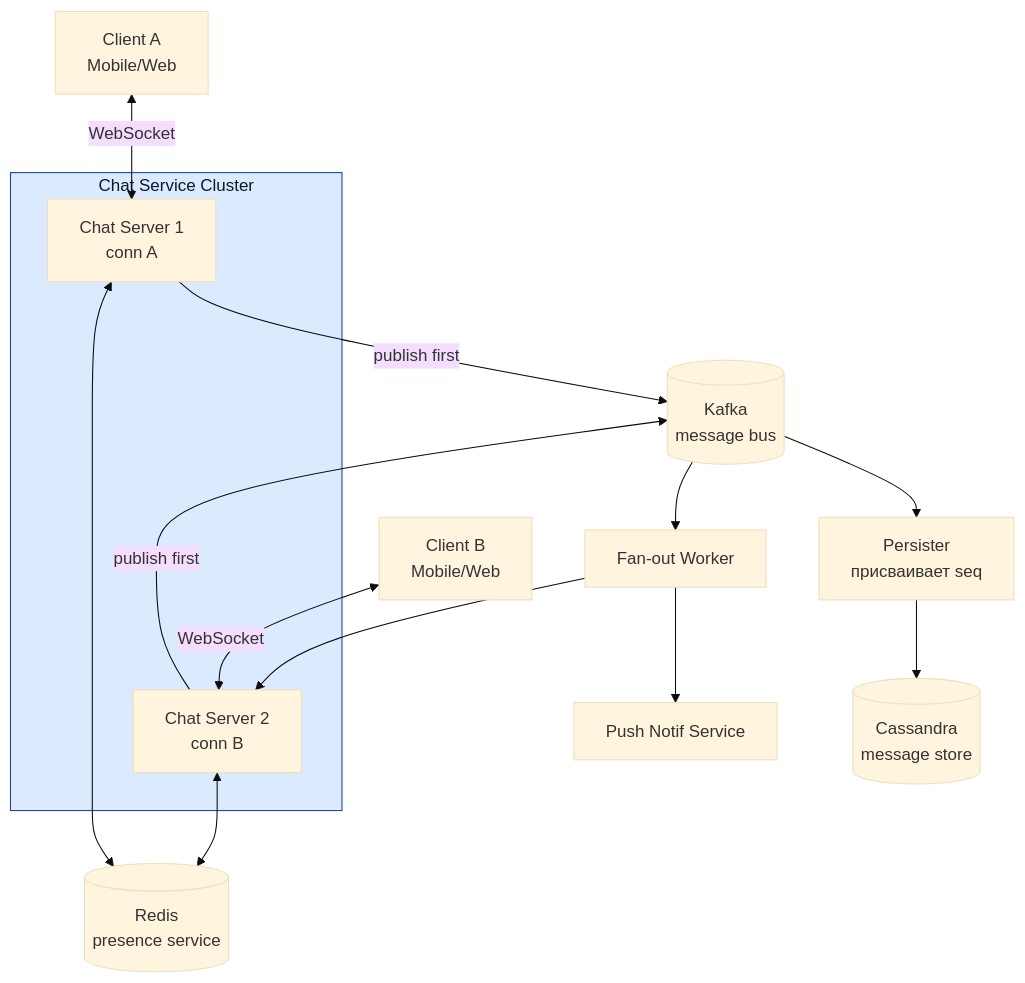
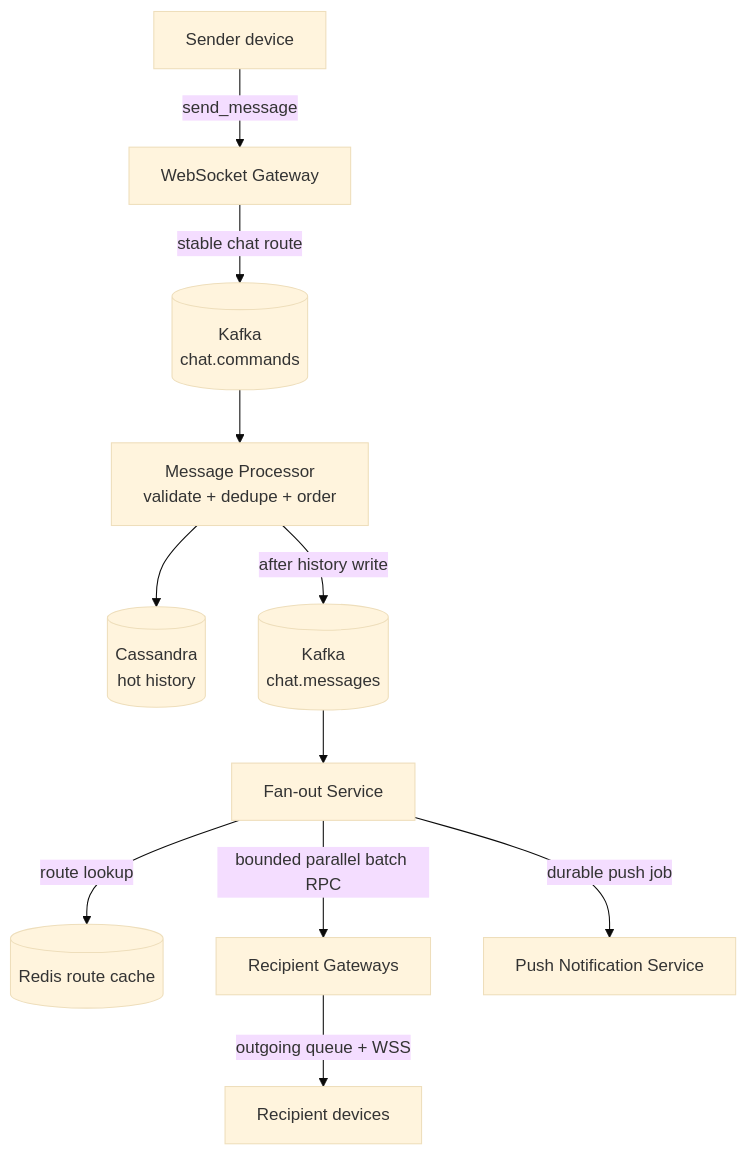
The second of 3 diagrams in docs/senior-golang-study/05-system-design/interview-cases/04-chat-messaging.md (fev0ks/LearnGoLang), drawn with Mermaid (base theme) before and after one commit. The commit also changed other lines of this file and 26 other files, not shown here.

````diff
--- a/docs/senior-golang-study/05-system-design/interview-cases/04-chat-messaging.md
+++ b/docs/senior-golang-study/05-system-design/interview-cases/04-chat-messaging.md
@@ -97,31 +287,14 @@
 ```mermaid
 flowchart TB
-    A[Client A<br/>Mobile/Web]
-    B[Client B<br/>Mobile/Web]
+    Sender[Sender device] -->|send_message| SenderGW[WebSocket Gateway]
+    SenderGW -->|stable chat route| Intake[(Kafka<br/>chat.commands)]
+    Intake --> Processor[Message Processor<br/>validate + dedupe + order]
+    Processor --> History[(Cassandra<br/>hot history)]
+    Processor -->|after history write| Canonical[(Kafka<br/>chat.messages)]
 
-    subgraph Cluster[Chat Service Cluster]
-        S1[Chat Server 1<br/>conn A]
-        S2[Chat Server 2<br/>conn B]
-    end
-
-    Kafka[(Kafka<br/>message bus)]
-    DB[(Cassandra<br/>message store)]
-    Presence[(Redis<br/>presence service)]
-    Push[Push Notif Service]
-
-    Persist[Persister<br/>присваивает seq]
-    FanOut[Fan-out Worker]
-
-    A <-->|WebSocket| S1
-    B <-->|WebSocket| S2
-    S1 -->|publish first| Kafka
-    S2 -->|publish first| Kafka
-    Kafka --> Persist --> DB
-    Kafka --> FanOut
-    FanOut --> S2
-    FanOut --> Push
-    S1 <--> Presence
-    S2 <--> Presence
-
-    style Cluster fill:#dbeafe,stroke:#1e40af,color:#0f172a
+    Canonical --> FanOut[Fan-out Service]
+    FanOut -->|route lookup| Routes[(Redis route cache)]
+    FanOut -->|bounded parallel batch RPC| RecipientGW[Recipient Gateways]
+    RecipientGW -->|outgoing queue + WSS| Recipients[Recipient devices]
+    FanOut -->|durable push job| Push[Push Notification Service]
 ```
````
